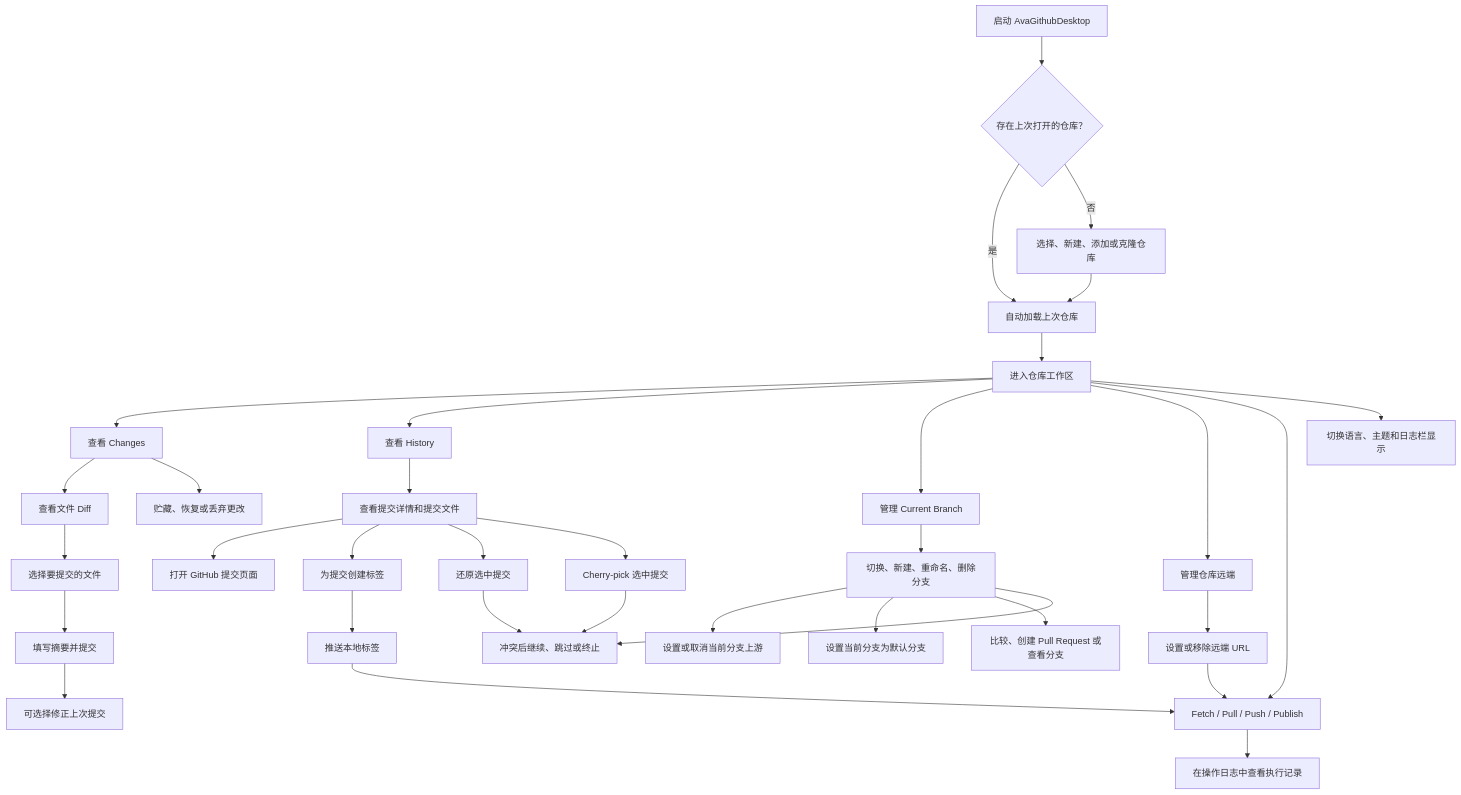
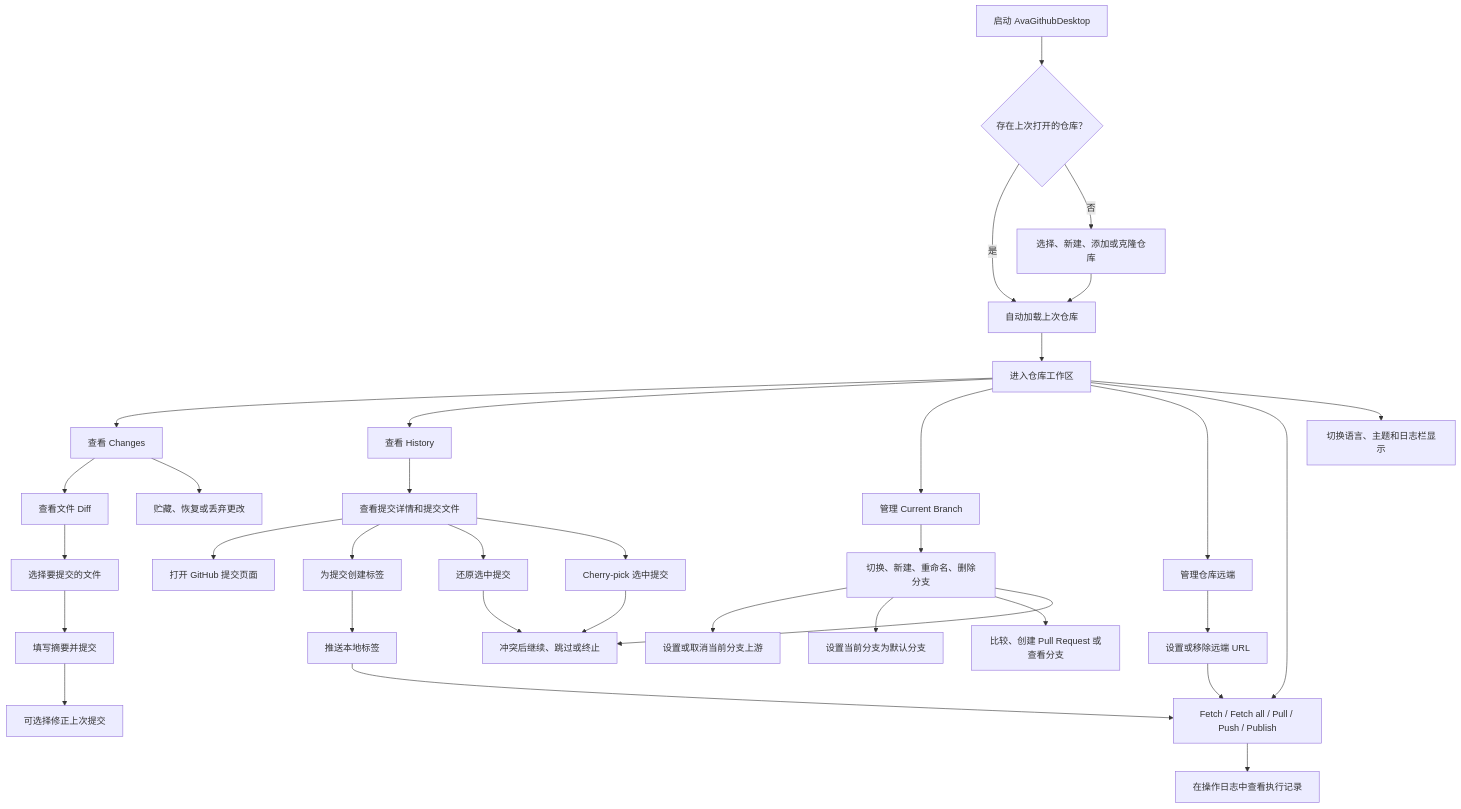
Before and after one commit to dotnet9/AvaGithubDesktop: the diagram in docs/AvaGithubDesktop需求文档.md, drawn with Mermaid. The commit also changed other lines of this file and 10 other files, not shown here.

Commit message:
feat: add fetch all remotes action

````diff
--- a/docs/AvaGithubDesktop需求文档.md
+++ b/docs/AvaGithubDesktop需求文档.md
@@ -47,36 +47,36 @@
 ```mermaid
 flowchart TD
     Start["启动 AvaGithubDesktop"] --> Restore{"存在上次打开的仓库？"}
     Restore -->|是| LoadRepo["自动加载上次仓库"]
     Restore -->|否| PickRepo["选择、新建、添加或克隆仓库"]
     PickRepo --> LoadRepo
     LoadRepo --> Workspace["进入仓库工作区"]
     Workspace --> Changes["查看 Changes"]
     Workspace --> History["查看 History"]
     Workspace --> Branch["管理 Current Branch"]
     Workspace --> Remote["管理仓库远端"]
-    Workspace --> Sync["Fetch / Pull / Push / Publish"]
+    Workspace --> Sync["Fetch / Fetch all / Pull / Push / Publish"]
     Changes --> ReviewDiff["查看文件 Diff"]
     ReviewDiff --> SelectFiles["选择要提交的文件"]
     SelectFiles --> Commit["填写摘要并提交"]
     Commit --> Amend["可选择修正上次提交"]
     Changes --> Stash["贮藏、恢复或丢弃更改"]
     History --> CommitDetail["查看提交详情和提交文件"]
     CommitDetail --> OpenCommit["打开 GitHub 提交页面"]
     CommitDetail --> CreateTag["为提交创建标签"]
     CommitDetail --> RevertCommit["还原选中提交"]
     CommitDetail --> CherryPick["Cherry-pick 选中提交"]
     RevertCommit --> ConflictOps
     CherryPick --> ConflictOps
     Branch --> BranchOps["切换、新建、重命名、删除分支"]
     BranchOps --> UpstreamOps["设置或取消当前分支上游"]
     BranchOps --> DefaultBranch["设置当前分支为默认分支"]
     BranchOps --> BranchGitHub["比较、创建 Pull Request 或查看分支"]
     BranchOps --> ConflictOps["冲突后继续、跳过或终止"]
     Remote --> RemoteOps["设置或移除远端 URL"]
     RemoteOps --> Sync
     CreateTag --> PushTags["推送本地标签"]
     PushTags --> Sync
     Sync --> OperationLog["在操作日志中查看执行记录"]
     Workspace --> Settings["切换语言、主题和日志栏显示"]
 ```
````
